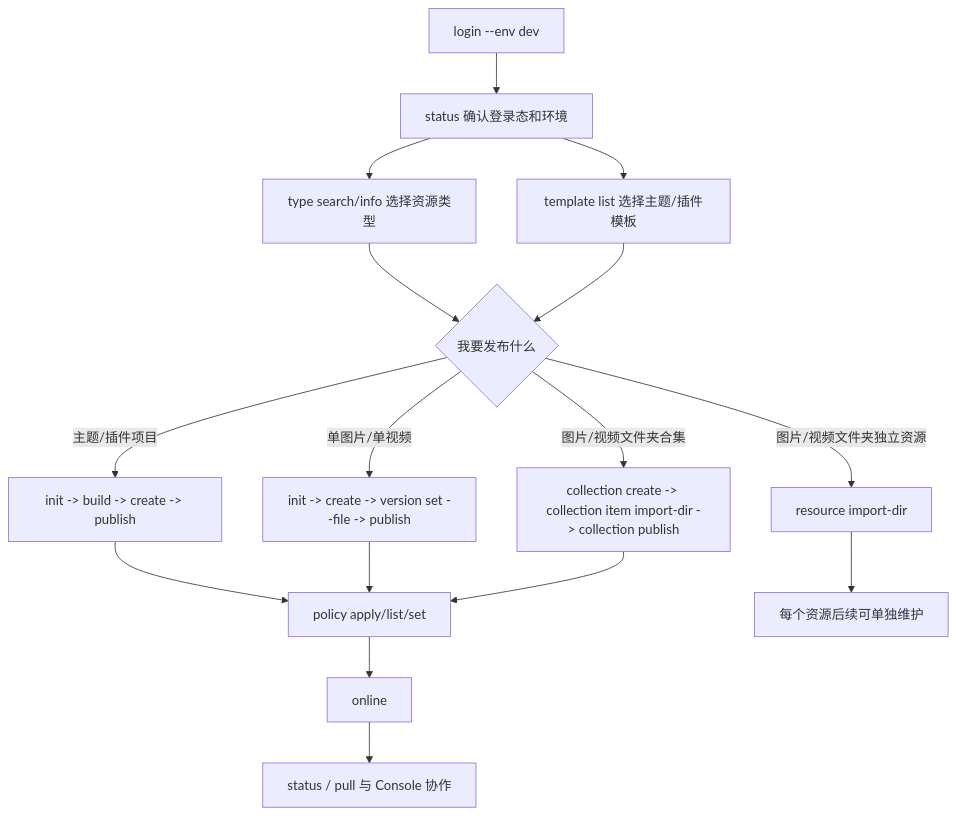
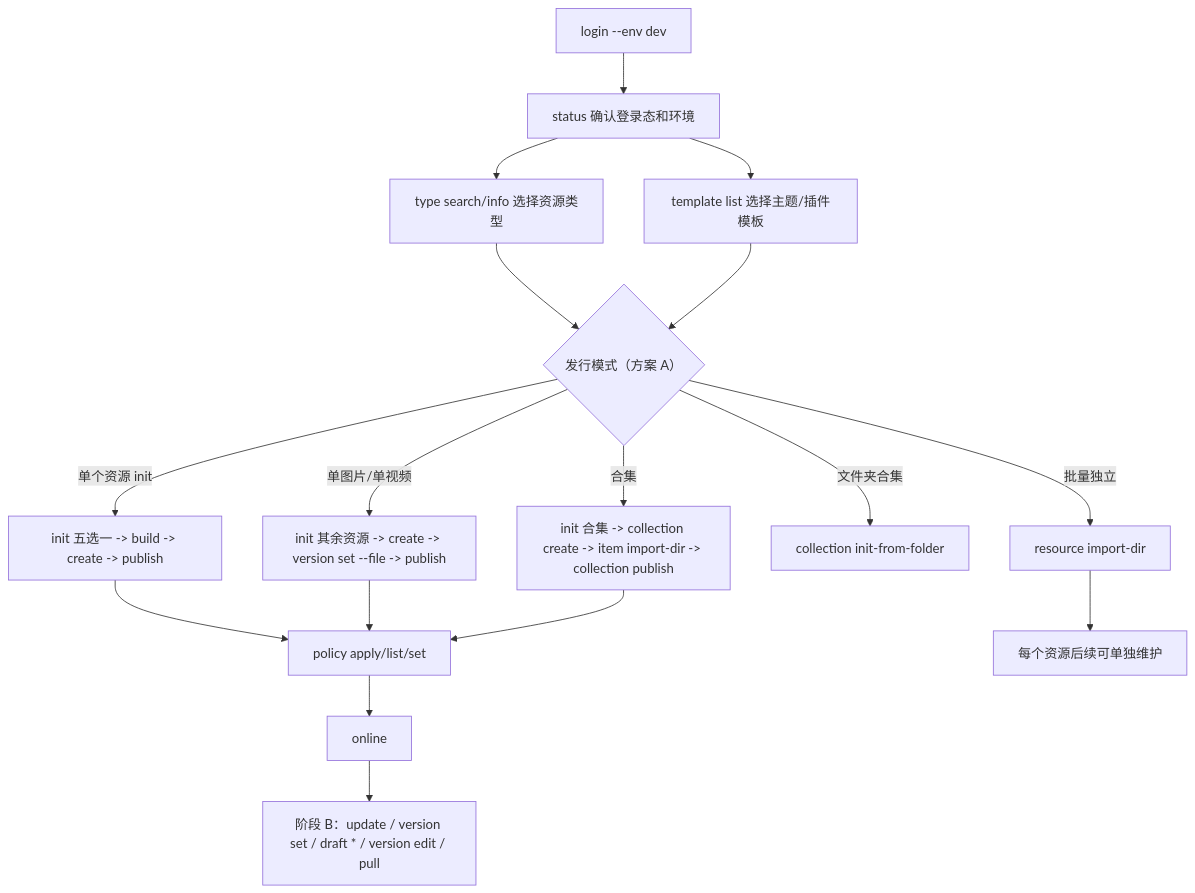
The diagram in docs/新方案/CLI使用说明与Console差异.md (freelogfe/freelog-runtime-cli), drawn with Mermaid before and after one commit. The commit also changed other lines of this file and 60 other files, not shown here.

````diff
--- a/docs/新方案/CLI使用说明与Console差异.md
+++ b/docs/新方案/CLI使用说明与Console差异.md
@@ -15,18 +30,19 @@
 ```mermaid
 flowchart TD
   A["login --env dev"] --> B["status 确认登录态和环境"]
   B --> C["type search/info 选择资源类型"]
   B --> D["template list 选择主题/插件模板"]
-  C --> E{"我要发布什么"}
+  C --> E{"发行模式（方案 A）"}
   D --> E
-  E -->|"主题/插件项目"| F["init -> build -> create -> publish"]
-  E -->|"单图片/单视频"| G["init -> create -> version set --file -> publish"]
-  E -->|"图片/视频文件夹独立资源"| H["resource import-dir"]
-  E -->|"图片/视频文件夹合集"| I["collection create -> collection item import-dir -> collection publish"]
+  E -->|"单个资源 init"| F["init 五选一 -> build -> create -> publish"]
+  E -->|"单图片/单视频"| G["init 其余资源 -> create -> version set --file -> publish"]
+  E -->|"批量独立"| H["resource import-dir"]
+  E -->|"文件夹合集"| H2["collection init-from-folder"]
+  E -->|"合集"| I["init 合集 -> collection create -> item import-dir -> collection publish"]
   F --> J["policy apply/list/set"]
   G --> J
   H --> K["每个资源后续可单独维护"]
   I --> J
   J --> L["online"]
-  L --> M["status / pull 与 Console 协作"]
+  L --> M["阶段 B：update / version set / draft * / version edit / pull"]
 ```
````
